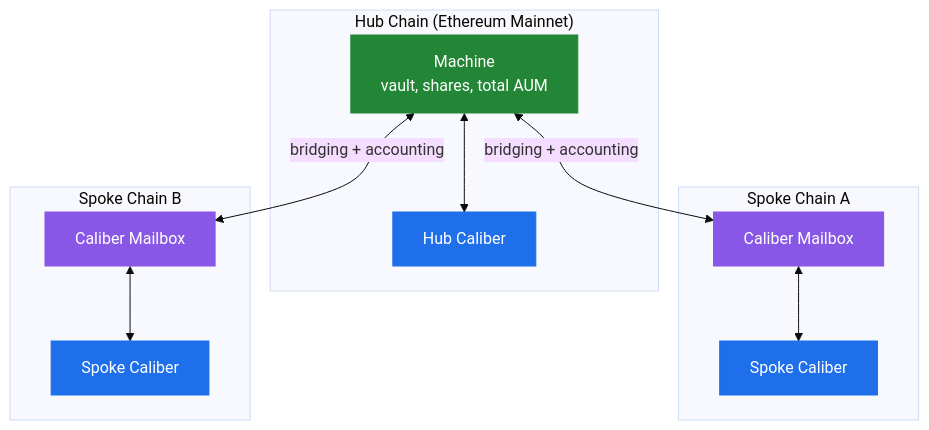
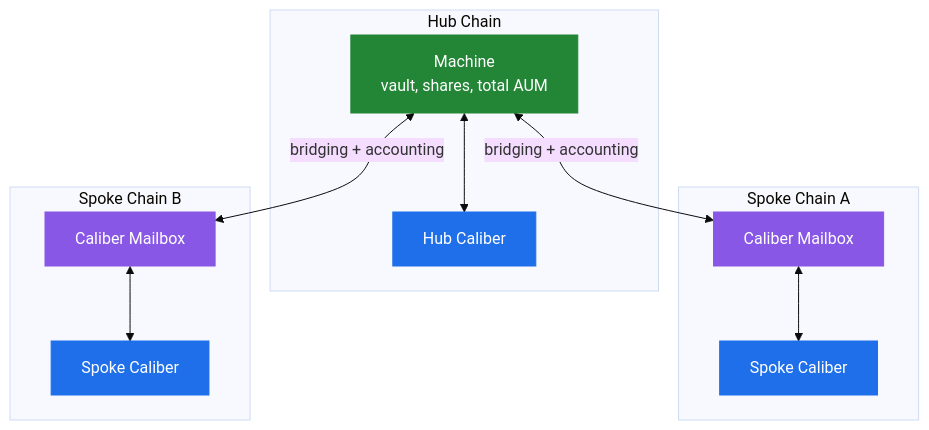
Before and after one commit to MakinaHQ/docs: the diagram in src/pages/concepts/architecture/cross-chain/hub-and-spoke.md, drawn with Mermaid (base theme). The commit also changed other lines of this file and 269 other files, not shown here.

````diff
--- a/src/pages/concepts/architecture/cross-chain/hub-and-spoke.md
+++ b/src/pages/concepts/architecture/cross-chain/hub-and-spoke.md
@@ -12,22 +12,22 @@
 ```mermaid
 flowchart TB
-    subgraph Hub["Hub Chain (Ethereum Mainnet)"]
+    subgraph Hub["Hub Chain"]
         M["Machine<br/>vault, shares, total AUM"]:::m
         HC["Hub Caliber"]:::c
     end
     subgraph S1["Spoke Chain A"]
         MB1["Caliber Mailbox"]:::mb
         SC1["Spoke Caliber"]:::c
     end
     subgraph S2["Spoke Chain B"]
         MB2["Caliber Mailbox"]:::mb
         SC2["Spoke Caliber"]:::c
     end
     M <--> HC
     M <-->|bridging + accounting| MB1 <--> SC1
     M <-->|bridging + accounting| MB2 <--> SC2
 
     classDef m fill:#238636,stroke:#238636,color:#fff;
     classDef c fill:#1f6feb,stroke:#1f6feb,color:#fff;
     classDef mb fill:#8957e5,stroke:#8957e5,color:#fff;
 ```
````
